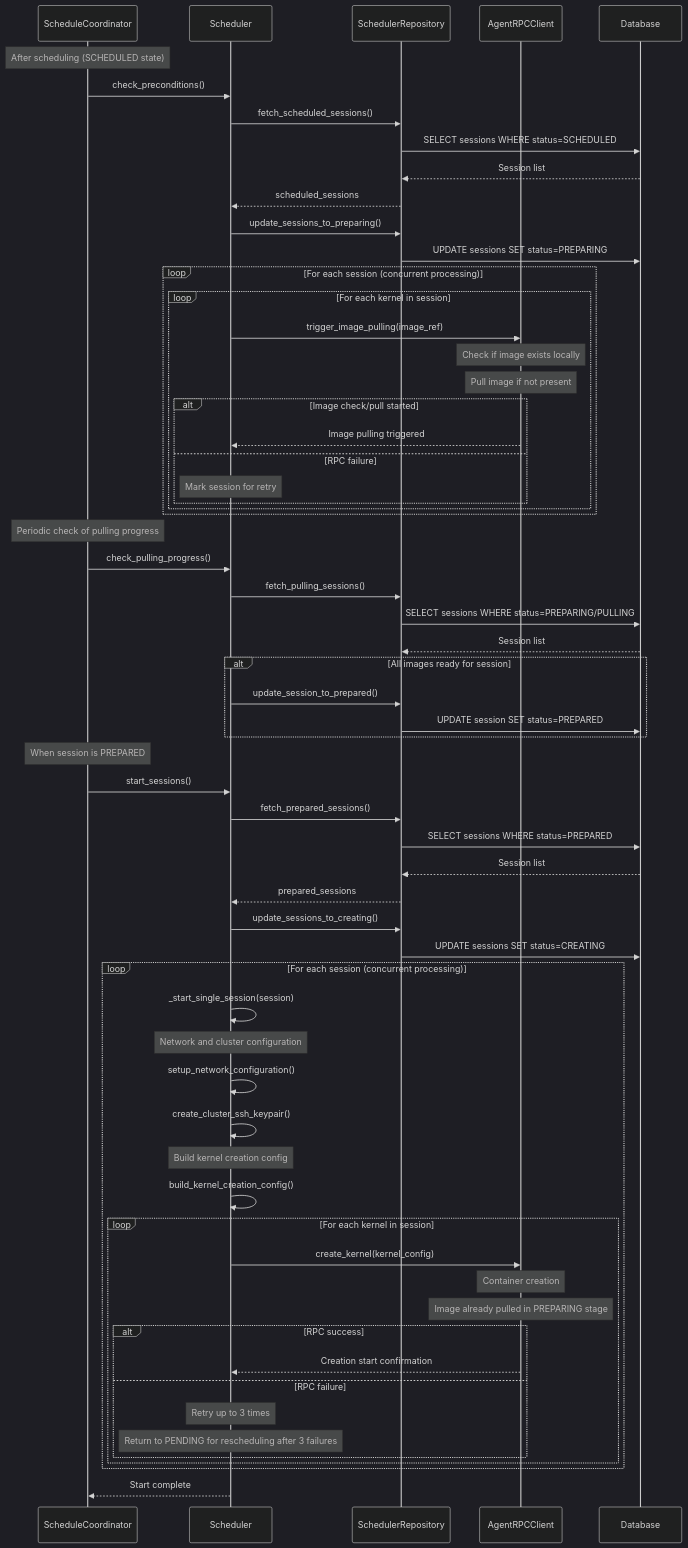
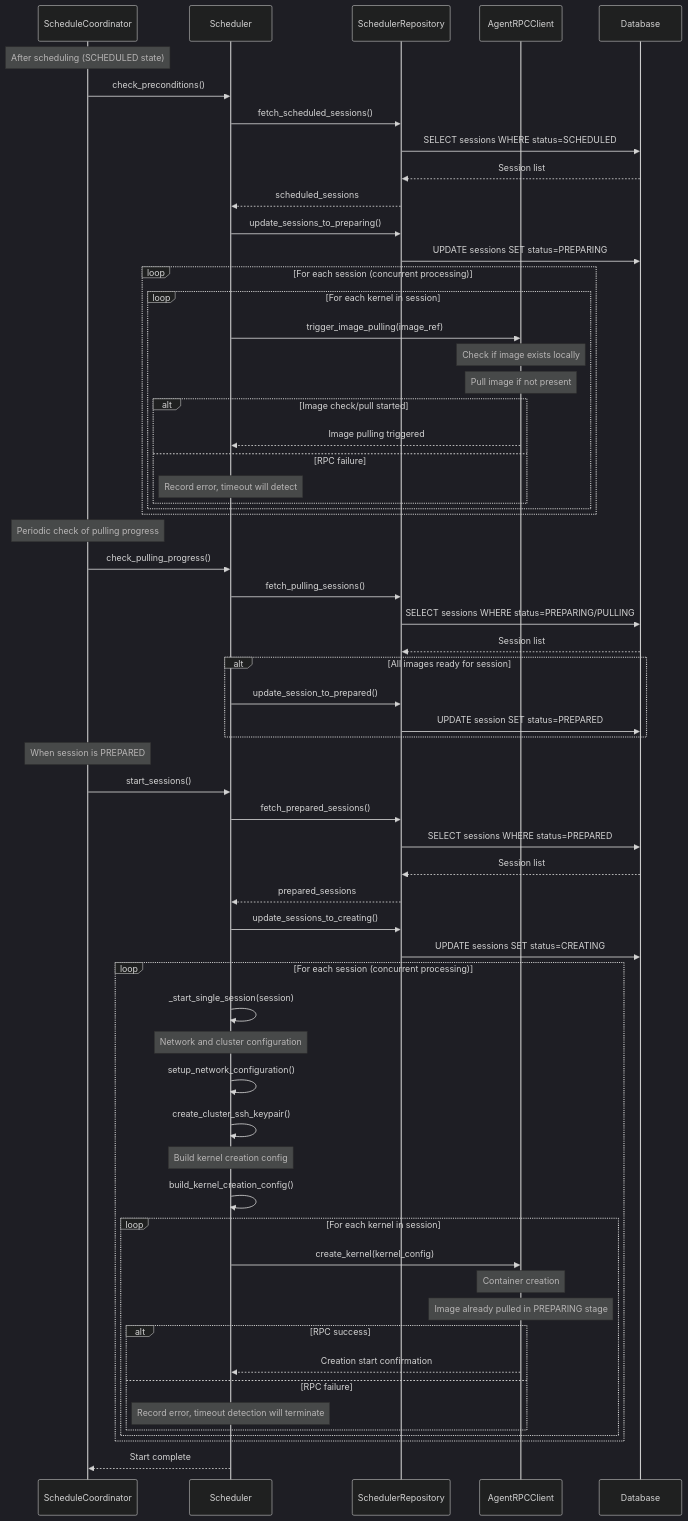
One commit to lablup/backend.ai changed the second of 3 diagrams in src/ai/backend/manager/sokovan/scheduler/README.md. Above: the diagram before and after it, drawn with Mermaid (dark theme). The commit also changed other lines of this file and 1 other file, not shown here.

First line of the commit message:
docs(BA-3936): Update scheduler README - remove retry handler references

```diff
--- a/src/ai/backend/manager/sokovan/scheduler/README.md
+++ b/src/ai/backend/manager/sokovan/scheduler/README.md
@@ -298,7 +296,7 @@
             alt Image check/pull started
                 Agent-->>Sched: Image pulling triggered
             else RPC failure
-                Note over Sched: Mark session for retry
+                Note over Sched: Record error, timeout will detect
             end
         end
     end
@@ -346,8 +344,7 @@
             alt RPC success
                 Agent-->>Sched: Creation start confirmation
             else RPC failure
-                Note over Sched: Retry up to 3 times
-                Note over Sched: Return to PENDING for rescheduling after 3 failures
+                Note over Sched: Record error, timeout detection will terminate
             end
         end
     end
```
